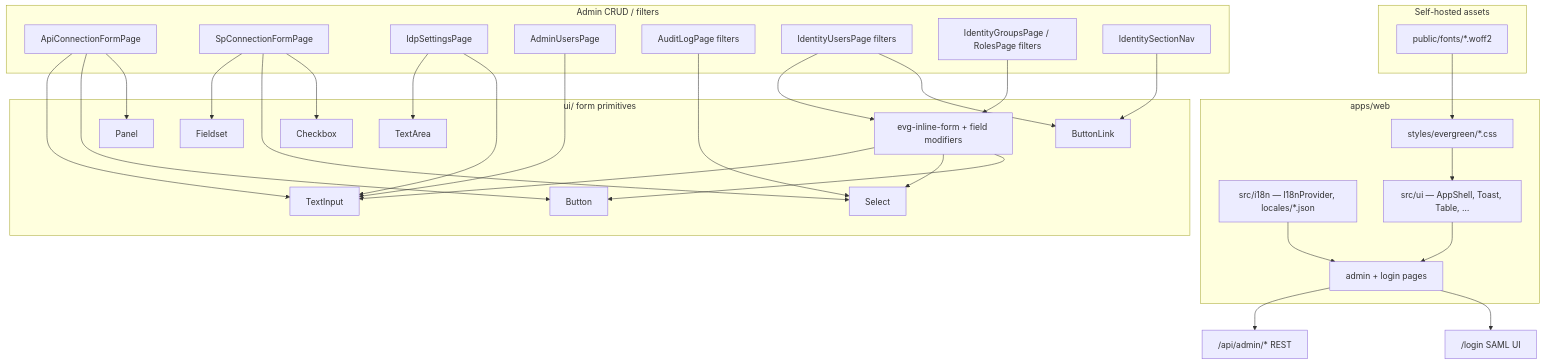
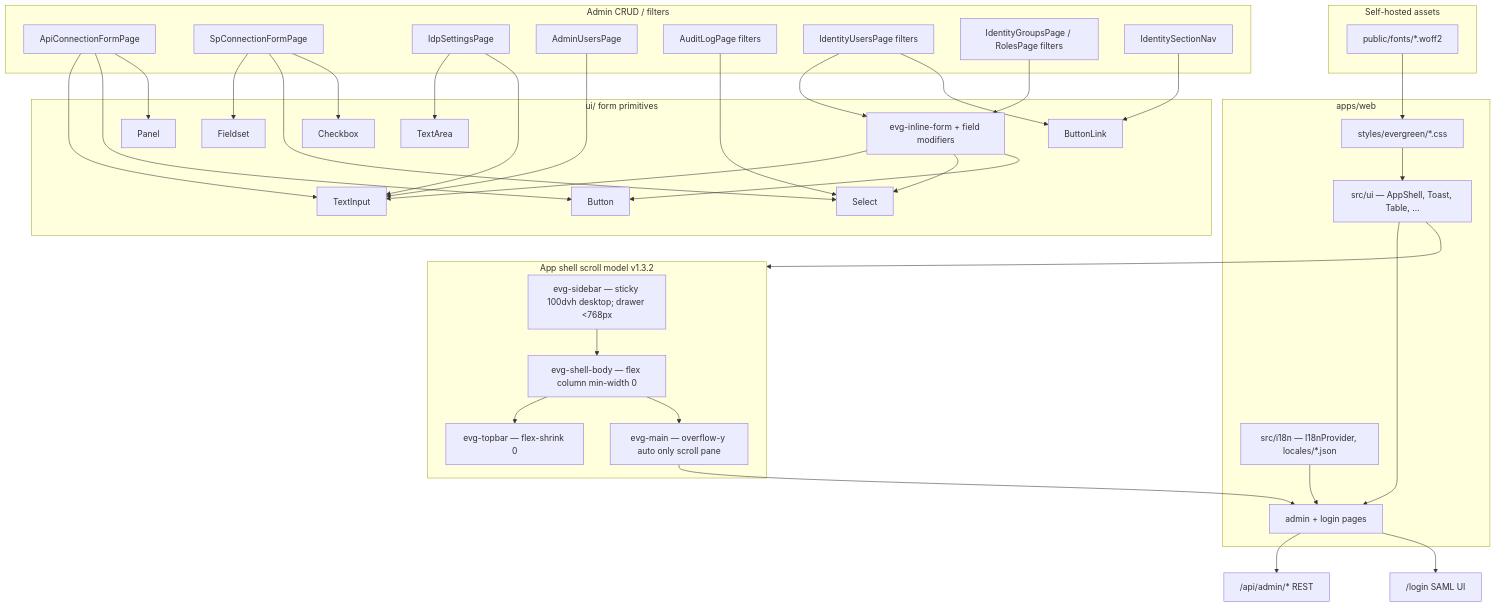
The diagram in docs/img/evergreen-ui.mmd (01laky/NestIdP), drawn with Mermaid before and after one commit. The commit also changed 31 other files, not shown here.

First line of the commit message:
feat(web): responsive app shell fixed sidebar and WEB-RSP tests (v1.3.2)

```diff
--- a/docs/img/evergreen-ui.mmd
+++ b/docs/img/evergreen-ui.mmd
@@ -1,54 +1,65 @@
 flowchart TB
 	subgraph web["apps/web"]
 		tokens["styles/evergreen/*.css"]
 		i18n["src/i18n — I18nProvider, locales/*.json"]
 		ui["src/ui — AppShell, Toast, Table, …"]
 		pages["admin + login pages"]
 	end
+	subgraph shell["App shell scroll model v1.3.2"]
+		sidebar["evg-sidebar — sticky 100dvh desktop; drawer &lt;768px"]
+		body["evg-shell-body — flex column min-width 0"]
+		topbar["evg-topbar — flex-shrink 0"]
+		main["evg-main — overflow-y auto only scroll pane"]
+	end
+	ui --> shell
+	sidebar --> body
+	body --> topbar
+	body --> main
+	main --> pages
 	subgraph assets["Self-hosted assets"]
 		fonts["public/fonts/*.woff2"]
 	end
 	subgraph forms["Admin CRUD / filters"]
 		apiForm["ApiConnectionFormPage"]
 		spForm["SpConnectionFormPage"]
 		idpForm["IdpSettingsPage"]
 		adminUsers["AdminUsersPage"]
 		auditFilters["AuditLogPage filters"]
 		identitySearch["IdentityUsersPage filters"]
 		identityLists["IdentityGroupsPage / RolesPage filters"]
 		identityNav["IdentitySectionNav"]
 	end
 	subgraph primitives["ui/ form primitives"]
 		ti["TextInput"]
 		ta["TextArea"]
 		sel["Select"]
 		cb["Checkbox"]
 		fs["Fieldset"]
 		btn["Button"]
 		btnLink["ButtonLink"]
 		pan["Panel"]
 		inlineForm["evg-inline-form + field modifiers"]
 	end
 	tokens --> ui
 	fonts --> tokens
 	i18n --> pages
 	ui --> pages
 	pages --> api["/api/admin/* REST"]
 	pages --> saml["/login SAML UI"]
 	apiForm --> ti
 	apiForm --> btn
 	apiForm --> pan
 	spForm --> fs
 	spForm --> sel
 	spForm --> cb
 	idpForm --> ta
 	idpForm --> ti
 	adminUsers --> ti
 	auditFilters --> sel
 	identitySearch --> inlineForm
 	inlineForm --> ti
 	inlineForm --> sel
 	inlineForm --> btn
 	identityLists --> inlineForm
 	identitySearch --> btnLink
 	identityNav --> btnLink
```
